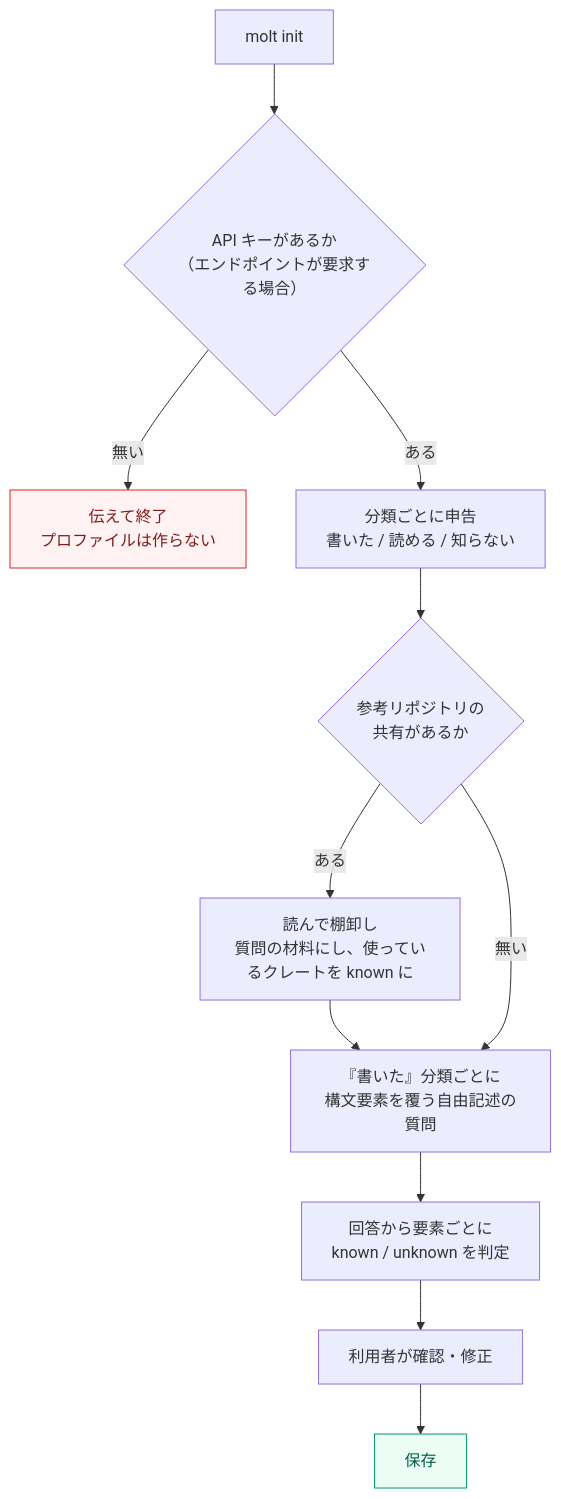
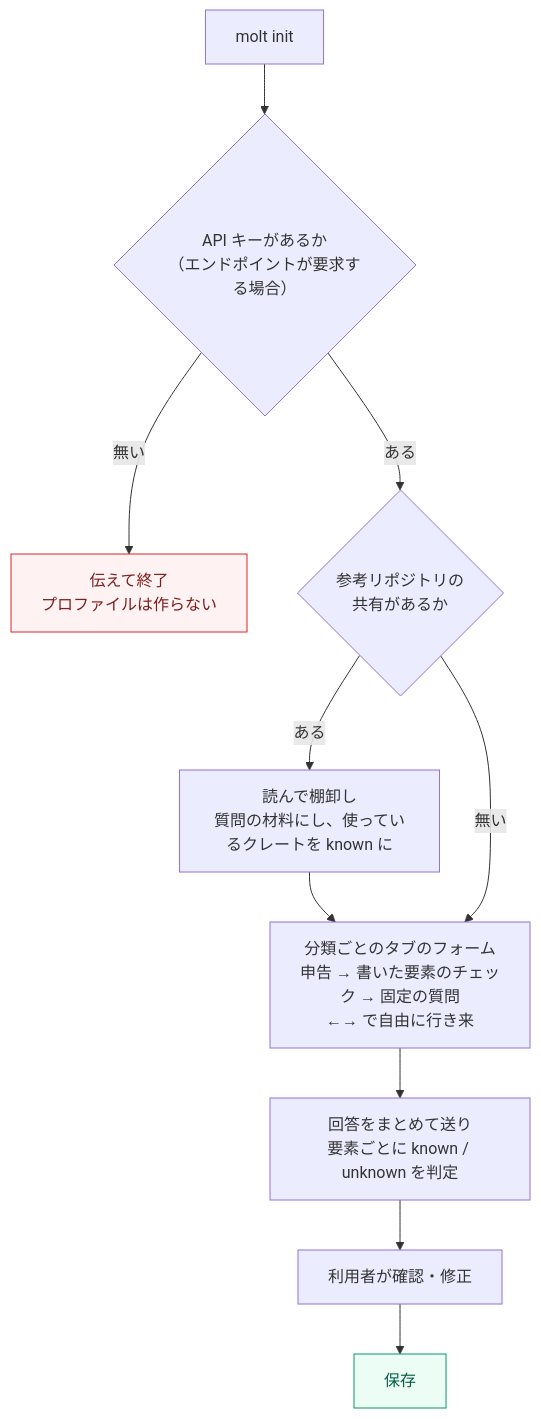
Before and after one commit to sumiredc/molt: the third of 9 diagrams in PRD.ja.md, drawn with Mermaid. The commit also changed other lines of this file and 1 other file, not shown here.

````diff
--- a/PRD.ja.md
+++ b/PRD.ja.md
@@ -130,13 +130,12 @@
 ```mermaid
 flowchart TB
   S["molt init"] --> K{"API キーがあるか<br/>（エンドポイントが要求する場合）"}
   K -- "無い" --> X1["伝えて終了<br/>プロファイルは作らない"]:::bad
-  K -- "ある" --> D["分類ごとに申告<br/>書いた / 読める / 知らない"]
-  D --> R{"参考リポジトリの<br/>共有があるか"}
-  R -- "ある" --> RS["読んで棚卸し<br/>質問の材料にし、使っているクレートを known に"] --> Q
-  R -- "無い" --> Q
-  Q["『書いた』分類ごとに<br/>構文要素を覆う自由記述の質問"] --> J["回答から要素ごとに<br/>known / unknown を判定"]
+  K -- "ある" --> R{"参考リポジトリの<br/>共有があるか"}
+  R -- "ある" --> RS["読んで棚卸し<br/>質問の材料にし、使っているクレートを known に"] --> F
+  R -- "無い" --> F
+  F["分類ごとのタブのフォーム<br/>申告 → 書いた要素のチェック → 固定の質問<br/>←→ で自由に行き来"] --> J["回答をまとめて送り<br/>要素ごとに known / unknown を判定"]
   J --> V["利用者が確認・修正"] --> SV["保存"]:::ok
   classDef ok   fill:#ecfdf5,stroke:#059669,color:#065f46
   classDef bad  fill:#fef2f2,stroke:#dc2626,color:#7f1d1d
 ```
````
